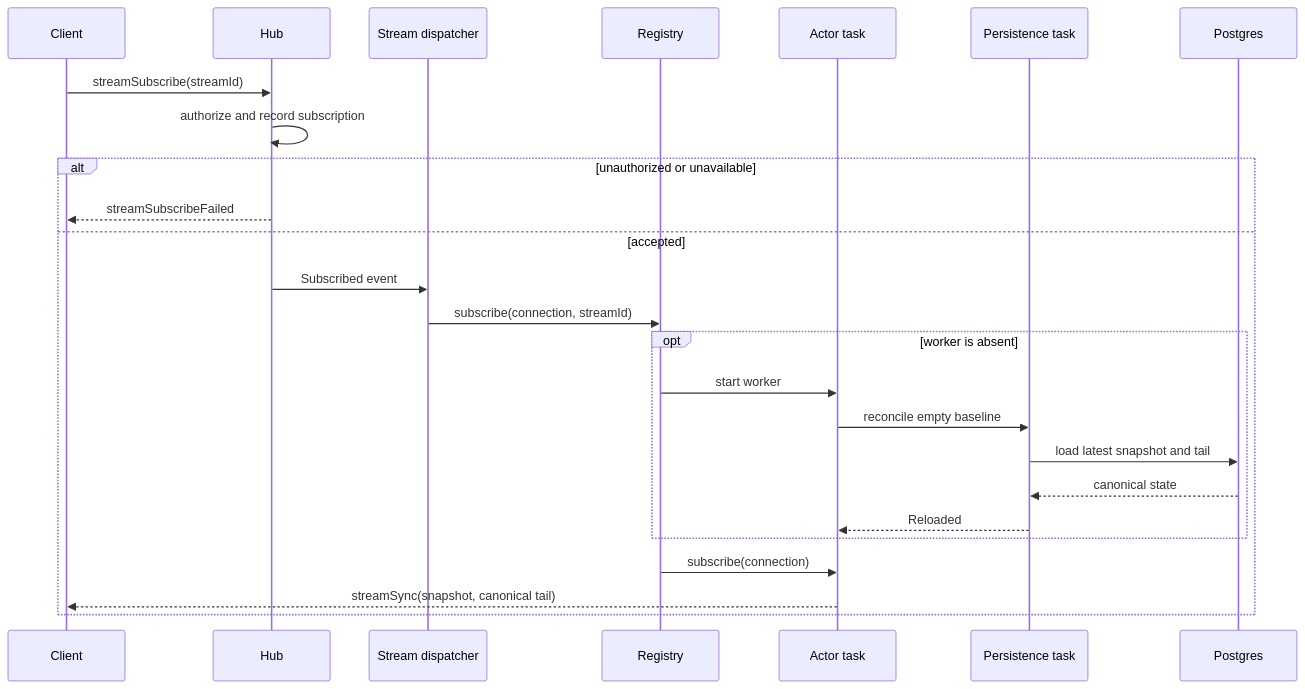
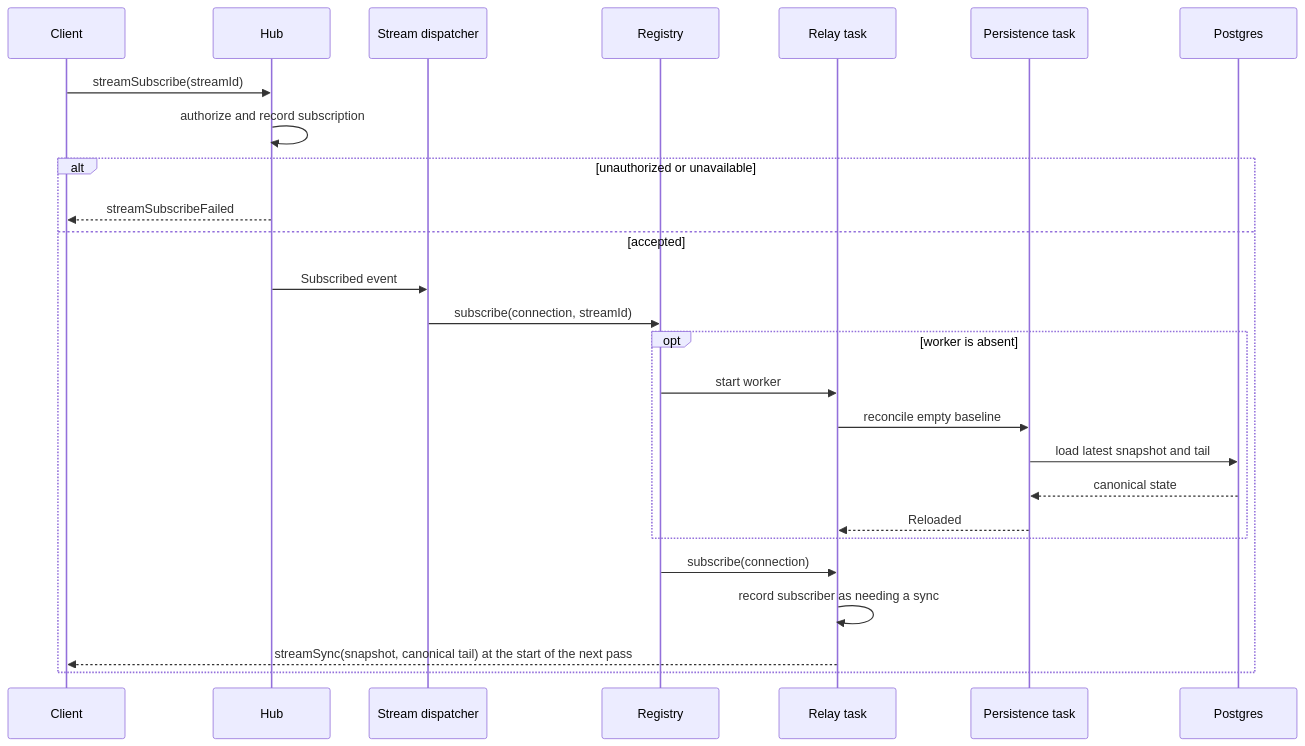
One commit to gzp79/shine-services changed the third of 8 diagrams in docs/services/builder/hub.md. Above: the diagram before and after it, drawn with Mermaid. The commit also changed other lines of this file and 34 other files, not shown here.

````diff
--- a/docs/services/builder/hub.md
+++ b/docs/services/builder/hub.md
@@ -58,28 +94,29 @@
 ```mermaid
 sequenceDiagram
     participant C as Client
     participant H as Hub
     participant D as Stream dispatcher
     participant R as Registry
-    participant A as Actor task
+    participant A as Relay task
     participant P as Persistence task
     participant L as Postgres
 
     C->>H: streamSubscribe(streamId)
     H->>H: authorize and record subscription
     alt unauthorized or unavailable
         H-->>C: streamSubscribeFailed
     else accepted
         H->>D: Subscribed event
         D->>R: subscribe(connection, streamId)
         opt worker is absent
             R->>A: start worker
             A->>P: reconcile empty baseline
             P->>L: load latest snapshot and tail
             L-->>P: canonical state
             P-->>A: Reloaded
         end
         R->>A: subscribe(connection)
-        A-->>C: streamSync(snapshot, canonical tail)
+        A->>A: record subscriber as needing a sync
+        A-->>C: streamSync(snapshot, canonical tail) at the start of the next pass
     end
 ```
````
